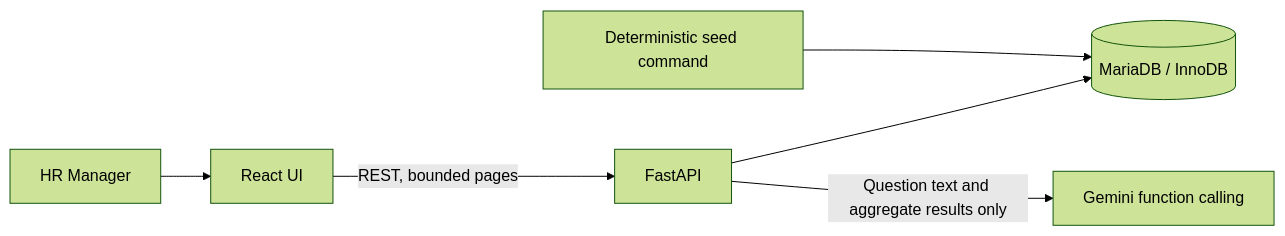
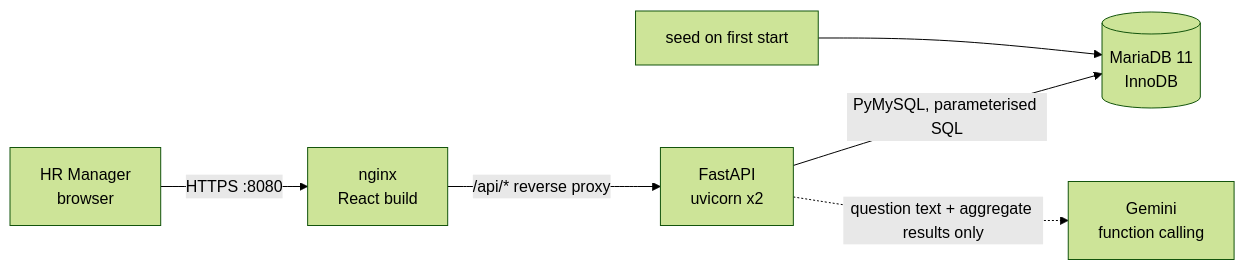
The first of 2 diagrams in docs/architecture.md (moninmodi/acme-salary-management), drawn with Mermaid (forest theme) before and after one commit. The commit also changed other lines of this file and 77 other files, not shown here.

First line of the commit message:
feat: add theme configuration and chart colors for Ant Design

````diff
--- a/docs/architecture.md
+++ b/docs/architecture.md
@@ -5,8 +5,8 @@
 ```mermaid
 flowchart LR
-  HR[HR Manager] --> UI[React UI]
-  UI -->|REST, bounded pages| API[FastAPI]
-  API --> DB[(MariaDB / InnoDB)]
-  API -->|Question text and aggregate results only| Gemini[Gemini function calling]
-  Seed[Deterministic seed command] --> DB
+  HR[HR Manager<br/>browser] -->|HTTPS :8080| WEB[nginx<br/>React build]
+  WEB -->|/api/* reverse proxy| API[FastAPI<br/>uvicorn x2]
+  API -->|PyMySQL, parameterised SQL| DB[(MariaDB 11<br/>InnoDB)]
+  API -.->|question text + aggregate results only| GEM[Gemini<br/>function calling]
+  SEED[seed on first start] --> DB
 ```
````
